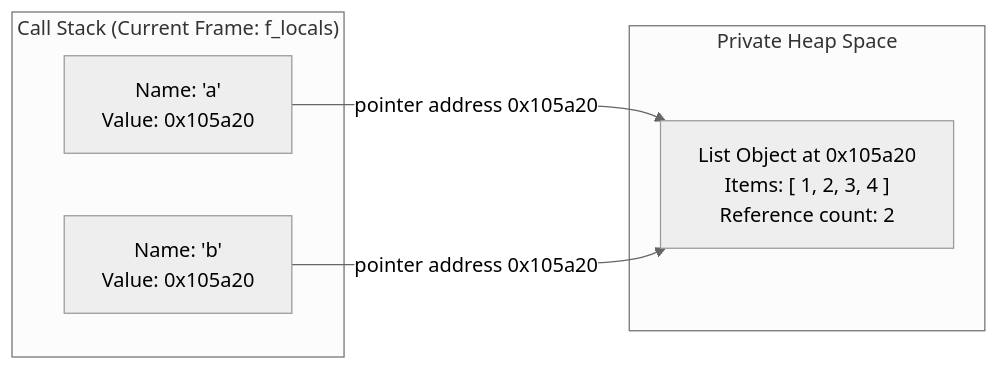
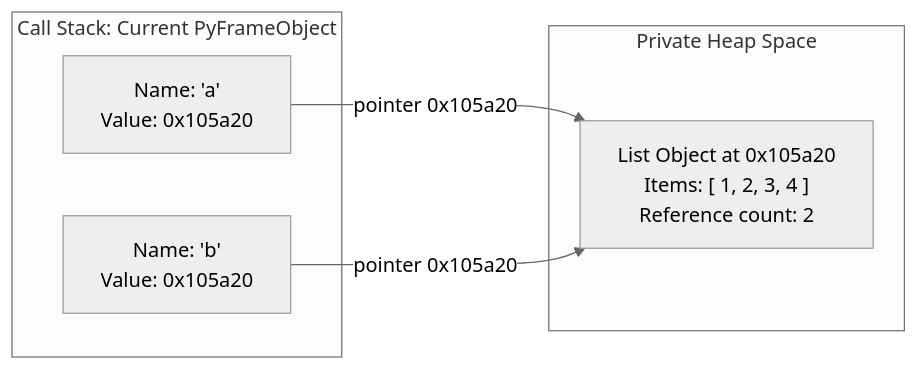
One commit to AchuAshwath/Cthru-Python changed the diagram in src/content/docs/foundations/mental-model.mdx. Above: the diagram before and after it, drawn with Mermaid (neutral theme). The commit also changed other lines of this file and 6 other files, not shown here.

Commit message:
docs: remove unquantified numbers from subheadings and apply mermaid writing standards

````diff
--- a/src/content/docs/foundations/mental-model.mdx
+++ b/src/content/docs/foundations/mental-model.mdx
@@ -86,14 +86,14 @@
 ```mermaid
 flowchart LR
-    subgraph Stack["Call Stack (Current Frame: f_locals)"]
+    subgraph Stack["Call Stack: Current PyFrameObject"]
         varA["Name: 'a'<br/>Value: 0x105a20"]
         varB["Name: 'b'<br/>Value: 0x105a20"]
     end
 
     subgraph Heap["Private Heap Space"]
         listObj["List Object at 0x105a20<br/>Items: [ 1, 2, 3, 4 ]<br/>Reference count: 2"]
     end
 
-    varA -->|pointer address 0x105a20| listObj
-    varB -->|pointer address 0x105a20| listObj
+    varA -->|pointer 0x105a20| listObj
+    varB -->|pointer 0x105a20| listObj
 ```
````
